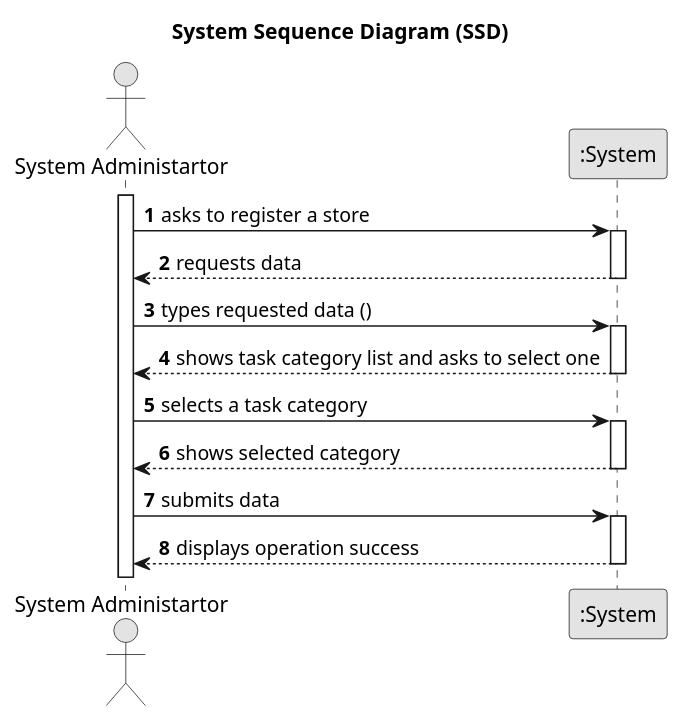
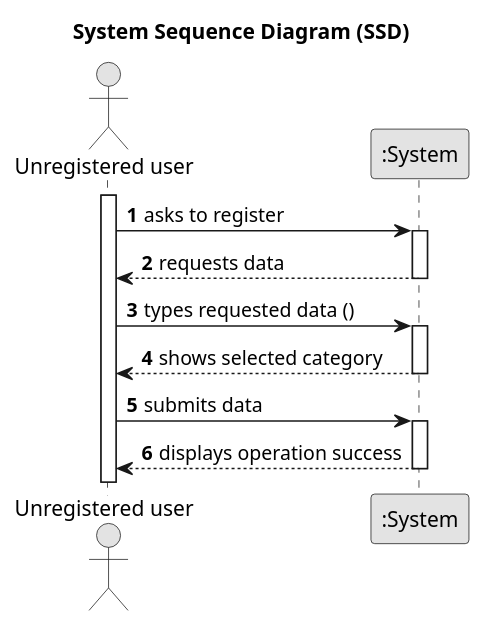
One commit to hugosilva2901/lei-22-s2-1DO-g68 changed the diagram in lei-22-s2-1do-g68/docs/SprintB/us007/01.requirements-engineering/puml/us006-system-sequence-diagram-alternative-one.puml. Above: the diagram before and after it, drawn with PlantUML. The commit also changed 7 other files, not shown here.

```diff
--- a/lei-22-s2-1do-g68/docs/SprintB/us007/01.requirements-engineering/puml/us006-system-sequence-diagram-alternative-one.puml
+++ b/lei-22-s2-1do-g68/docs/SprintB/us007/01.requirements-engineering/puml/us006-system-sequence-diagram-alternative-one.puml
@@ -1,39 +1,34 @@
 @startuml
 skinparam monochrome true
 skinparam packageStyle rectangle
 skinparam shadowing false
 
 title System Sequence Diagram (SSD)
 
 autonumber
 
-actor "System Administartor" as Employee
+actor "Unregistered user" as Client
 participant ":System" as System
 
-activate Employee
 
-    Employee -> System : asks to register a store
+activate Client
+
+    Client -> System : asks to register
     activate System
 
-        System --> Employee : requests data
+        System --> Client : requests data
     deactivate System
 
-    Employee -> System : types requested data ()
+    Client -> System : types requested data ()
     activate System
 
-        System --> Employee : shows task category list and asks to select one
+        System --> Client : shows selected category
     deactivate System
 
-    Employee -> System : selects a task category
+    Client -> System : submits data
     activate System
 
-        System --> Employee : shows selected category
-    deactivate System
-
-    Employee -> System : submits data
-    activate System
-
-        System --> Employee : displays operation success
+        System --> Client : displays operation success
     deactivate System
 
 @enduml
```
